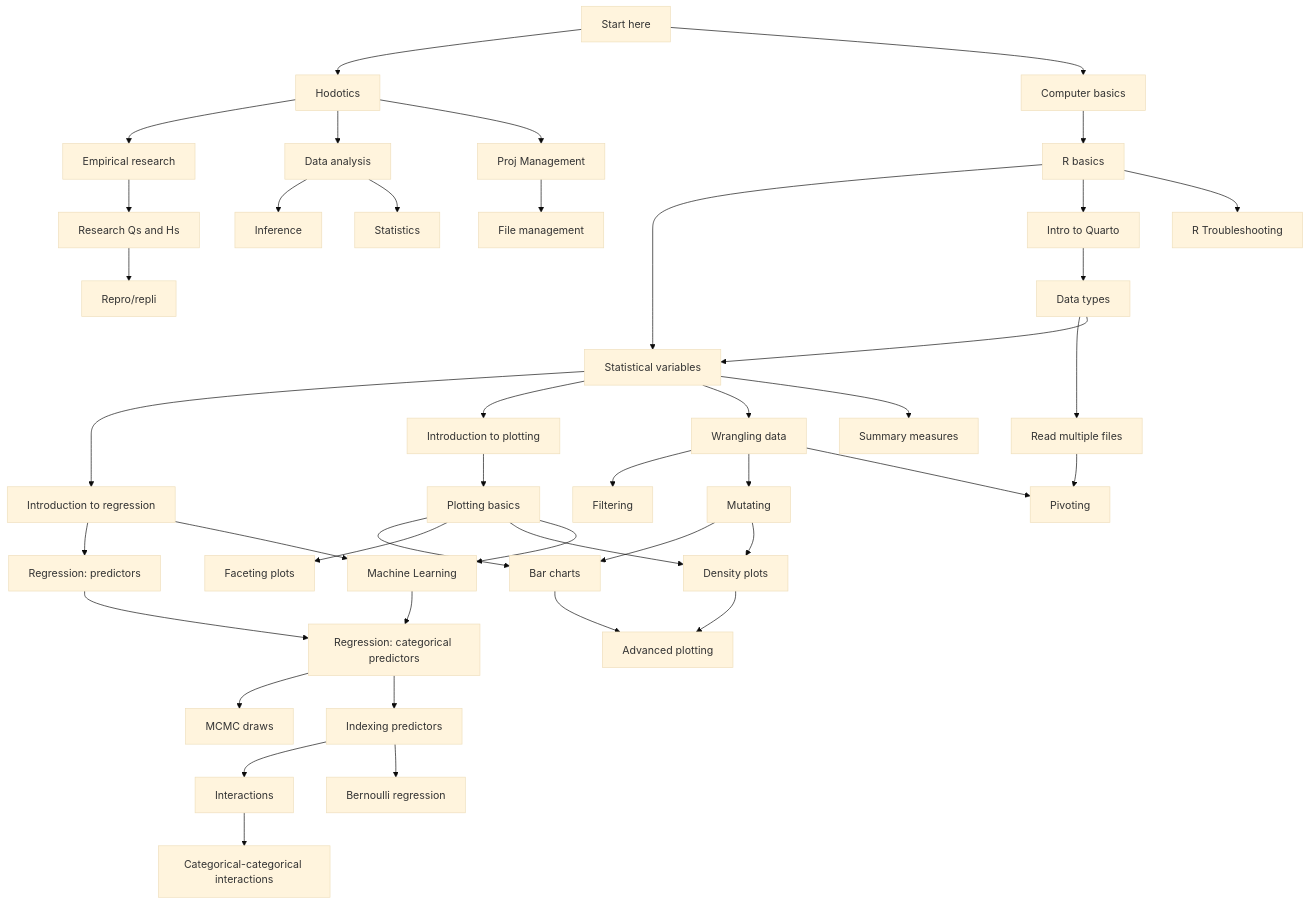
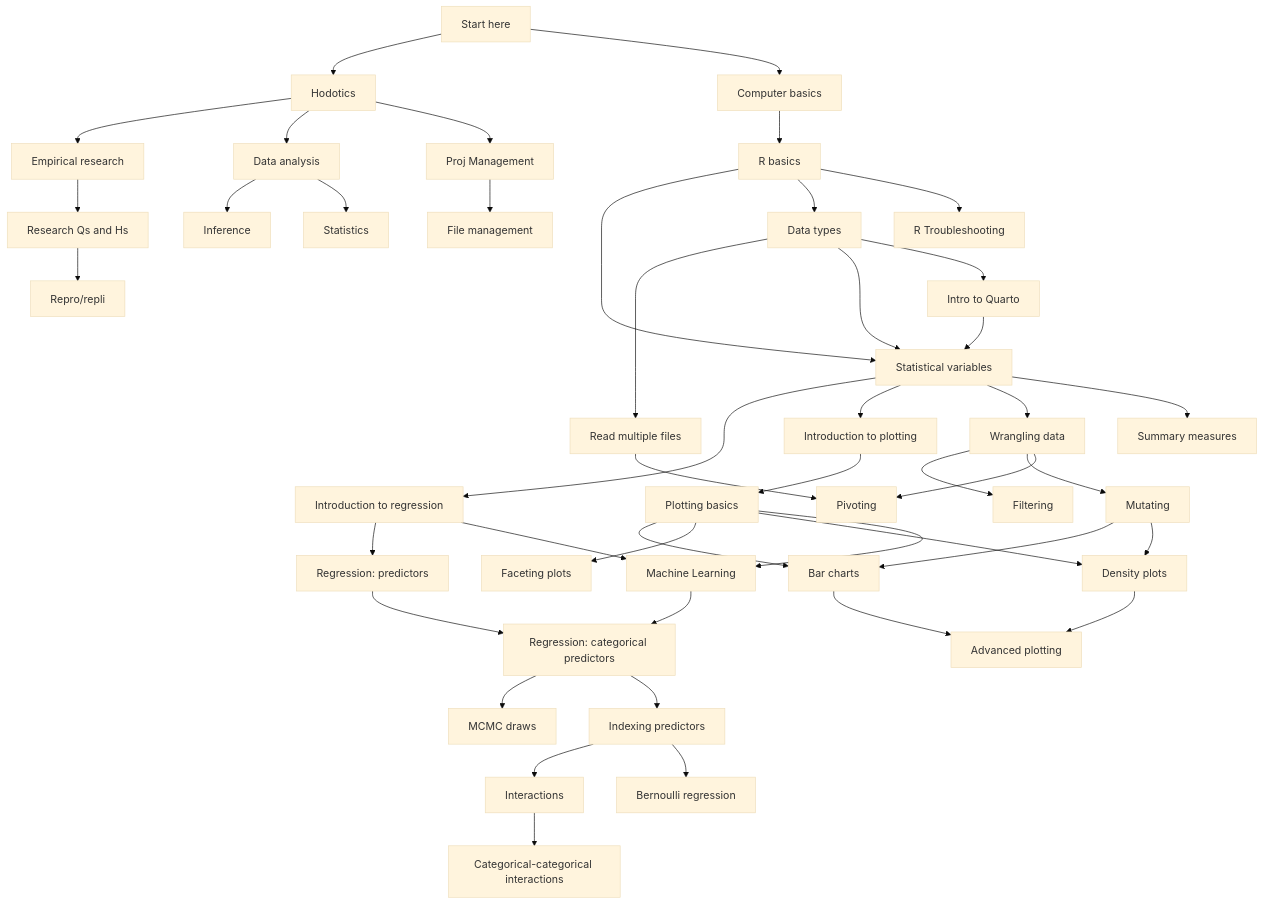
The diagram in map.qmd (uoelel/qml), drawn with Mermaid (base theme) before and after one commit. The commit also changed 9 other files, not shown here.

```diff
--- a/map.qmd
+++ b/map.qmd
@@ -100,12 +100,12 @@
   
   C --> D
   
-  D --> E & F & G
+  D --> E & H & G
   
-  F --> H
-  H --> I & E
+  H --> I & E & F
   I --> Q
   
+  F --> E
   E --> J & K & L & AC
   
   K --> M
```
